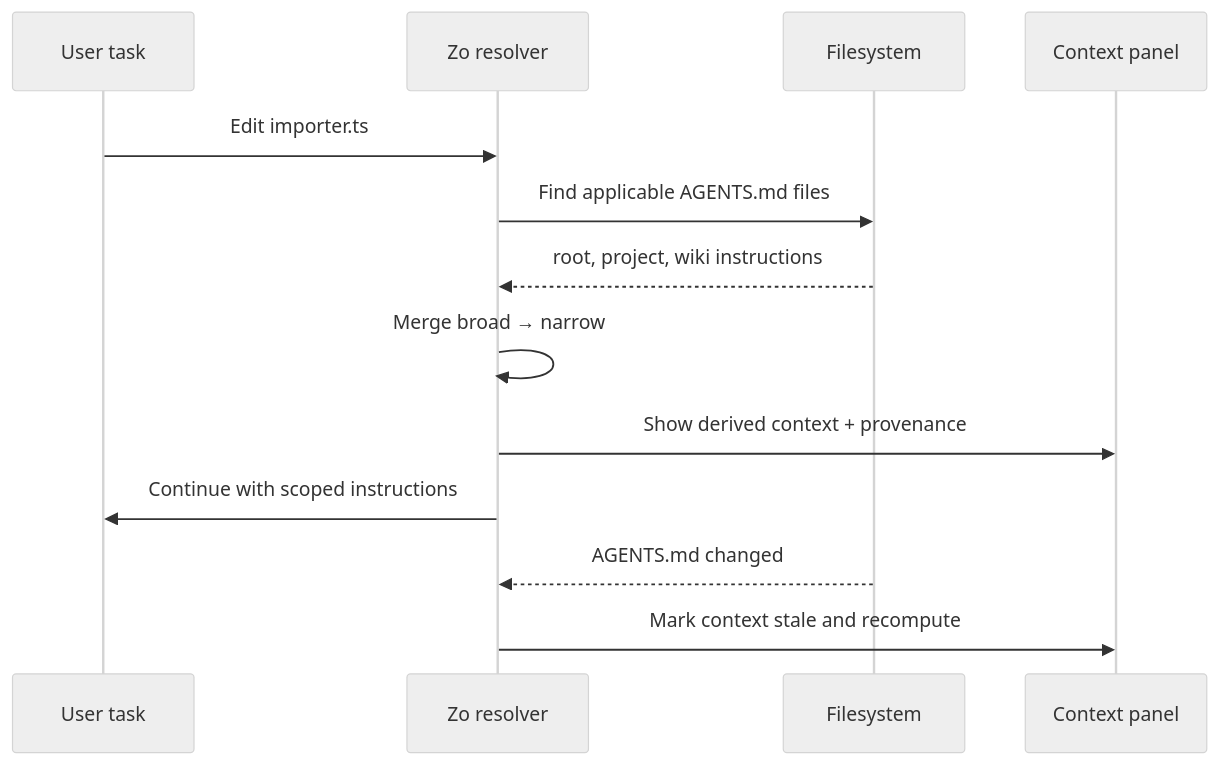
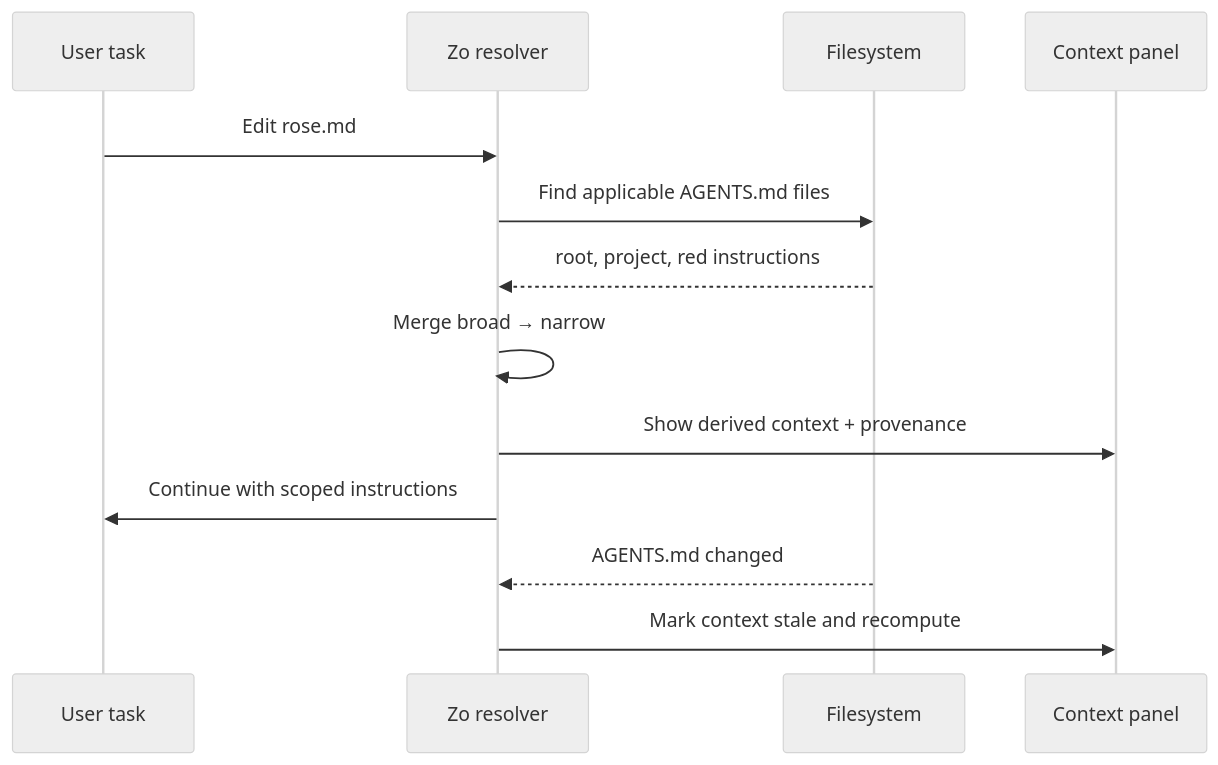
The fourth of 4 diagrams in README.md (EthanThatOneKid/zocomputer-agents.md), drawn with Mermaid (neutral theme) before and after one commit. The commit also changed other lines of this file, not shown here.

First line of the commit message:
docs: update example to red/rose.md, remove redundant layout

````diff
--- a/README.md
+++ b/README.md
@@ -135,16 +135,16 @@
 ```mermaid
 sequenceDiagram
     participant U as User task
     participant Z as Zo resolver
     participant FS as Filesystem
     participant C as Context panel
 
-    U->>Z: Edit importer.ts
+    U->>Z: Edit rose.md
     Z->>FS: Find applicable AGENTS.md files
-    FS-->>Z: root, project, wiki instructions
+    FS-->>Z: root, project, red instructions
     Z->>Z: Merge broad → narrow
     Z->>C: Show derived context + provenance
     Z->>U: Continue with scoped instructions
     FS-->>Z: AGENTS.md changed
     Z->>C: Mark context stale and recompute
 ```
````
